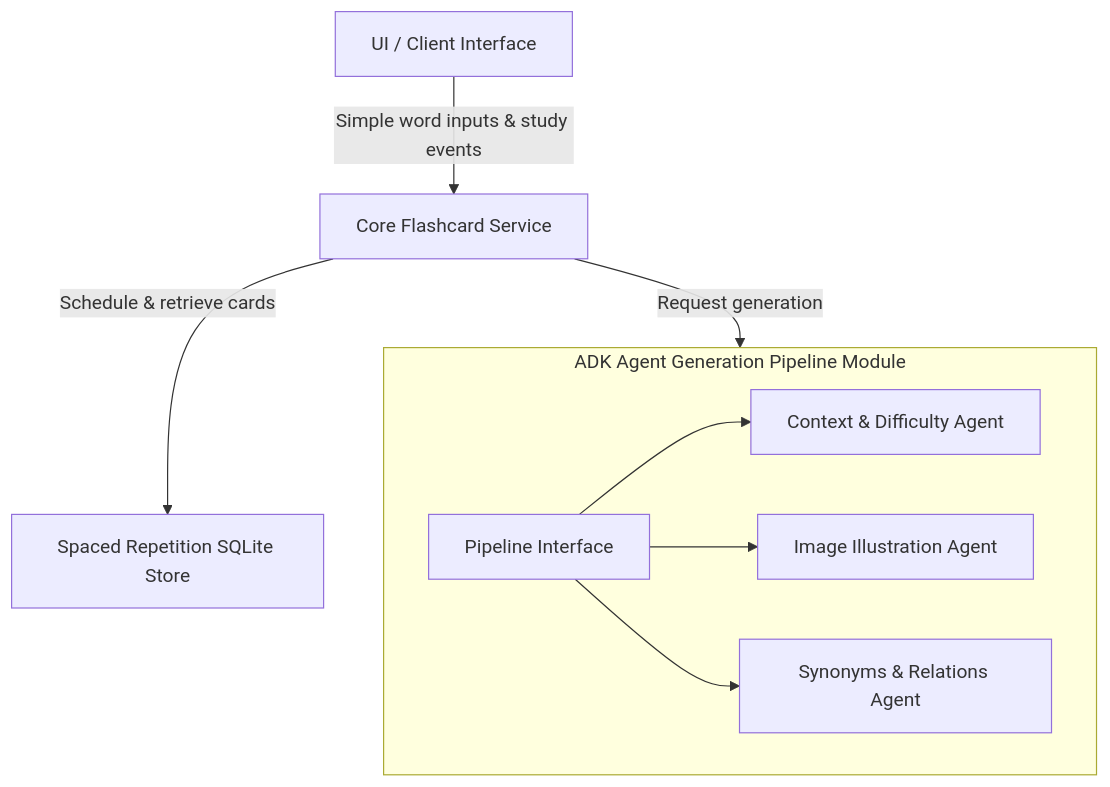
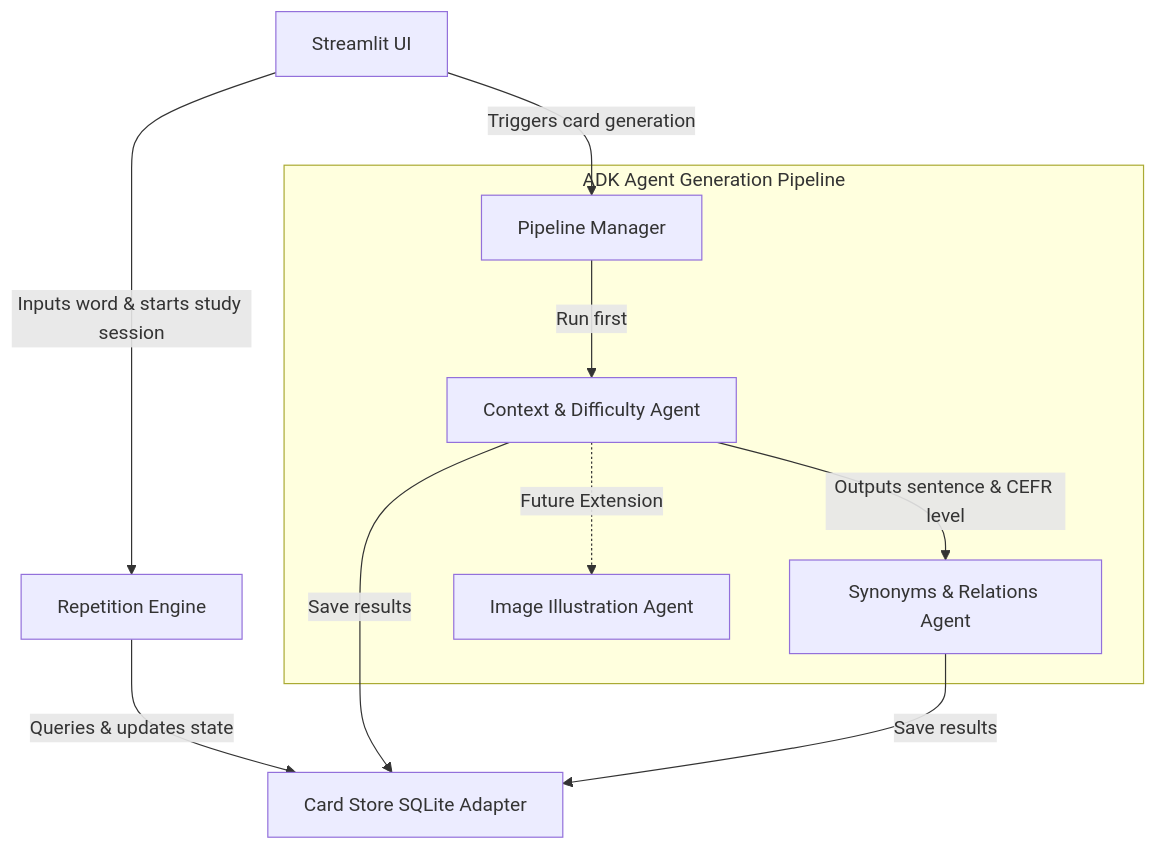
The diagram in PROJECT_PLAN.md (khrapovs/echoloop-multiagent-flashcards), drawn with Mermaid before and after one commit. The commit also changed other lines of this file, not shown here.

````diff
--- a/PROJECT_PLAN.md
+++ b/PROJECT_PLAN.md
@@ -15,12 +18,15 @@
 ```mermaid
 graph TD
-    Client[UI / Client Interface] -->|Simple word inputs & study events| CoreService[Core Flashcard Service]
-    CoreService -->|Schedule & retrieve cards| CardStore[Spaced Repetition SQLite Store]
-    CoreService -->|Request generation| AgentPipeline[ADK Agent Generation Pipeline]
+    Client[Streamlit UI] -->|Inputs word & starts study session| RepetitionEngine[Repetition Engine]
+    RepetitionEngine -->|Queries & updates state| CardStore[Card Store SQLite Adapter]
+    Client -->|Triggers card generation| PipelineManager[Pipeline Manager]
     
-    subgraph AgentPipeline [ADK Agent Generation Pipeline Module]
-        AP_Interface[Pipeline Interface] --> Agent1[Context & Difficulty Agent]
-        AP_Interface --> Agent2[Image Illustration Agent]
-        AP_Interface --> Agent3[Synonyms & Relations Agent]
+    subgraph AgentPipeline [ADK Agent Generation Pipeline]
+        PipelineManager -->|Run first| ContextAgent[Context & Difficulty Agent]
+        ContextAgent -->|Outputs sentence & CEFR level| SynonymsAgent[Synonyms & Relations Agent]
+        ContextAgent -.->|Future Extension| ImageAgent[Image Illustration Agent]
     end
+    
+    ContextAgent -->|Save results| CardStore
+    SynonymsAgent -->|Save results| CardStore
 ```
````
